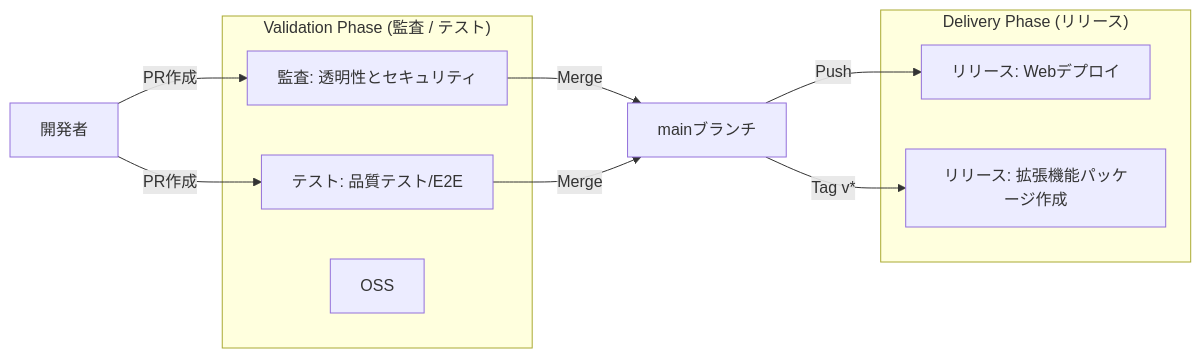
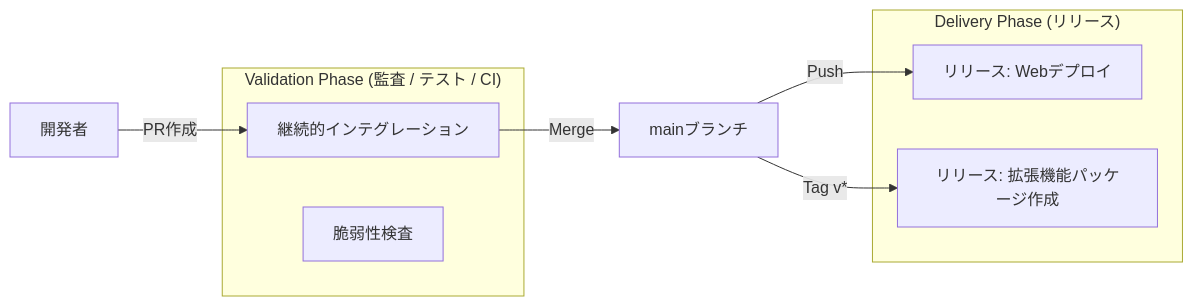
The second of 2 diagrams in docs/README_ACTIONS.md (masanori-satake/QuickLog-Solo), drawn with Mermaid before and after one commit. The commit also changed other lines of this file and 5 other files, not shown here.

````diff
--- a/docs/README_ACTIONS.md
+++ b/docs/README_ACTIONS.md
@@ -147,21 +147,19 @@
 ```mermaid
 flowchart LR
-    Dev[開発者] -- PR作成 --> Audit[監査: 透明性とセキュリティ]
-    Dev -- PR作成 --> Test[テスト: 品質テスト/E2E]
+    Dev[開発者] -- PR作成 --> CI[継続的インテグレーション]
 
-    Audit & Test -- Merge --> Main[mainブランチ]
+    CI -- Merge --> Main[mainブランチ]
     Main -- Push --> Deploy[リリース: Webデプロイ]
 
     Main -- Tag v* --> Rel[リリース: 拡張機能パッケージ作成]
 
-    subgraph "Validation Phase (監査 / テスト)"
-    Audit
-    Test
-    OSS
+    subgraph "Validation Phase (監査 / テスト / CI)"
+    CI
+    OSS[脆弱性検査]
     end
 
     subgraph "Delivery Phase (リリース)"
     Deploy
     Rel
     end
 ```
````
